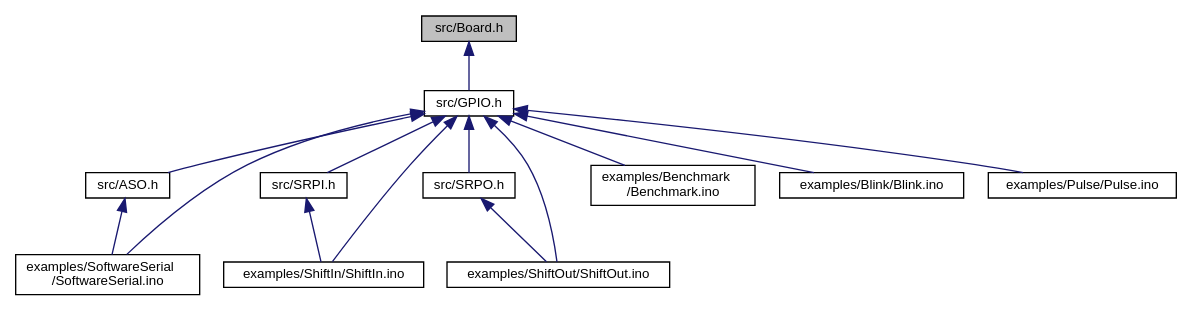
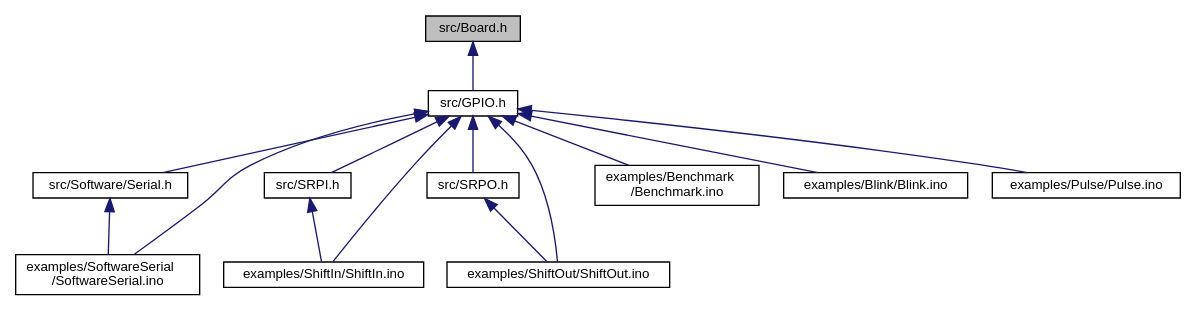
Before and after one commit to mikaelpatel/mikaelpatel.github.io: the diagram in Arduino-GPIO/df/dfc/Board_8h__dep__incl.dot, drawn with Graphviz. The commit also changed 238 other files, not shown here.

```diff
--- a/Arduino-GPIO/df/dfc/Board_8h__dep__incl.dot
+++ b/Arduino-GPIO/df/dfc/Board_8h__dep__incl.dot
@@ -1,29 +1,29 @@
 digraph "src/Board.h"
 {
   edge [fontname="Helvetica",fontsize="10",labelfontname="Helvetica",labelfontsize="10"];
   node [fontname="Helvetica",fontsize="10",shape=record];
   Node1 [label="src/Board.h",height=0.2,width=0.4,color="black", fillcolor="grey75", style="filled", fontcolor="black"];
   Node1 -> Node2 [dir="back",color="midnightblue",fontsize="10",style="solid",fontname="Helvetica"];
   Node2 [label="src/GPIO.h",height=0.2,width=0.4,color="black", fillcolor="white", style="filled",URL="$dc/dbe/GPIO_8h.html"];
   Node2 -> Node3 [dir="back",color="midnightblue",fontsize="10",style="solid",fontname="Helvetica"];
-  Node3 [label="src/ASO.h",height=0.2,width=0.4,color="black", fillcolor="white", style="filled",URL="$d7/dd7/ASO_8h.html"];
+  Node3 [label="src/Software/Serial.h",height=0.2,width=0.4,color="black", fillcolor="white", style="filled",URL="$d7/dae/Serial_8h.html"];
   Node3 -> Node4 [dir="back",color="midnightblue",fontsize="10",style="solid",fontname="Helvetica"];
   Node4 [label="examples/SoftwareSerial\l/SoftwareSerial.ino",height=0.2,width=0.4,color="black", fillcolor="white", style="filled",URL="$d8/d56/SoftwareSerial_8ino.html"];
   Node2 -> Node5 [dir="back",color="midnightblue",fontsize="10",style="solid",fontname="Helvetica"];
   Node5 [label="src/SRPI.h",height=0.2,width=0.4,color="black", fillcolor="white", style="filled",URL="$d4/d2e/SRPI_8h.html"];
   Node5 -> Node6 [dir="back",color="midnightblue",fontsize="10",style="solid",fontname="Helvetica"];
   Node6 [label="examples/ShiftIn/ShiftIn.ino",height=0.2,width=0.4,color="black", fillcolor="white", style="filled",URL="$d5/df7/ShiftIn_8ino.html"];
   Node2 -> Node7 [dir="back",color="midnightblue",fontsize="10",style="solid",fontname="Helvetica"];
   Node7 [label="src/SRPO.h",height=0.2,width=0.4,color="black", fillcolor="white", style="filled",URL="$da/d82/SRPO_8h.html"];
   Node7 -> Node8 [dir="back",color="midnightblue",fontsize="10",style="solid",fontname="Helvetica"];
   Node8 [label="examples/ShiftOut/ShiftOut.ino",height=0.2,width=0.4,color="black", fillcolor="white", style="filled",URL="$d1/d63/ShiftOut_8ino.html"];
   Node2 -> Node9 [dir="back",color="midnightblue",fontsize="10",style="solid",fontname="Helvetica"];
   Node9 [label="examples/Benchmark\l/Benchmark.ino",height=0.2,width=0.4,color="black", fillcolor="white", style="filled",URL="$d2/d24/Benchmark_8ino.html"];
   Node2 -> Node10 [dir="back",color="midnightblue",fontsize="10",style="solid",fontname="Helvetica"];
   Node10 [label="examples/Blink/Blink.ino",height=0.2,width=0.4,color="black", fillcolor="white", style="filled",URL="$d7/d9d/Blink_8ino.html"];
   Node2 -> Node11 [dir="back",color="midnightblue",fontsize="10",style="solid",fontname="Helvetica"];
   Node11 [label="examples/Pulse/Pulse.ino",height=0.2,width=0.4,color="black", fillcolor="white", style="filled",URL="$d9/dd9/Pulse_8ino.html"];
   Node2 -> Node6 [dir="back",color="midnightblue",fontsize="10",style="solid",fontname="Helvetica"];
   Node2 -> Node8 [dir="back",color="midnightblue",fontsize="10",style="solid",fontname="Helvetica"];
   Node2 -> Node4 [dir="back",color="midnightblue",fontsize="10",style="solid",fontname="Helvetica"];
 }
```
